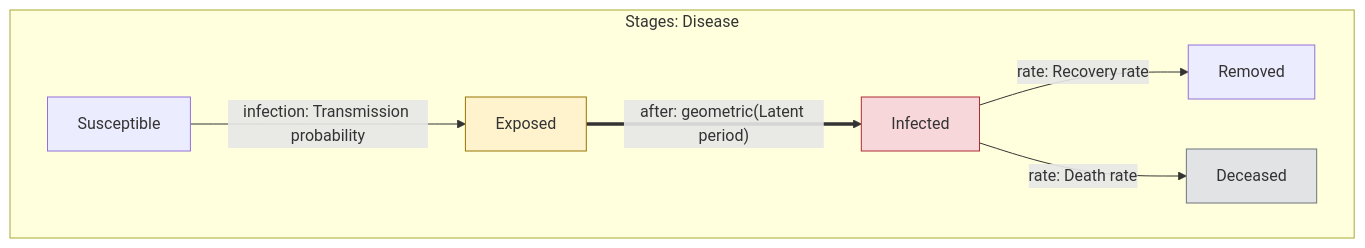
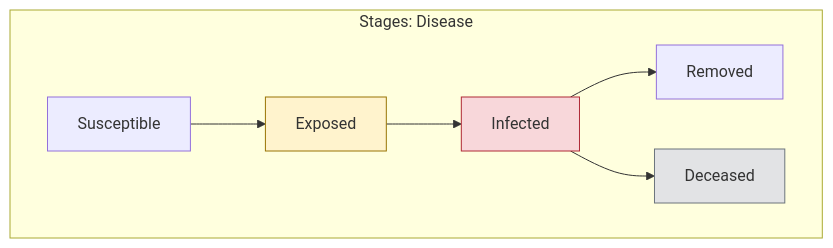
Before and after one commit to UofUEpiBio/epiworldpy: the diagram in epiworldpy/include/epiworld/models/seird.mmd, drawn with Mermaid. The commit also changed 16 other files, not shown here.

First line of the commit message:
Port epiworld NH-close: diagrams without transition labels (UofUEpiBio/epiworld#370)

```diff
--- a/epiworldpy/include/epiworld/models/seird.mmd
+++ b/epiworldpy/include/epiworld/models/seird.mmd
@@ -1,17 +1,17 @@
 %% Drawn from the model's declarations by `make diagrams`; do not edit.
 flowchart LR
     subgraph stages["Stages: Disease"]
         direction LR
         s0["Susceptible"]
         s1["Exposed"]:::carrier
         s2["Infected"]:::infectious
         s3["Removed"]
         s4["Deceased"]:::away
-        s0 -->|"infection: Transmission probability"| s1
-        s1 ==>|"after: geometric(Latent period)"| s2
-        s2 -->|"rate: Recovery rate"| s3
-        s2 -->|"rate: Death rate"| s4
+        s0 --> s1
+        s1 --> s2
+        s2 --> s3
+        s2 --> s4
     end
     classDef infectious fill:#f8d7da,stroke:#b02a37
     classDef carrier fill:#fff3cd,stroke:#997404
     classDef away fill:#e2e3e5,stroke:#6c757d
```
